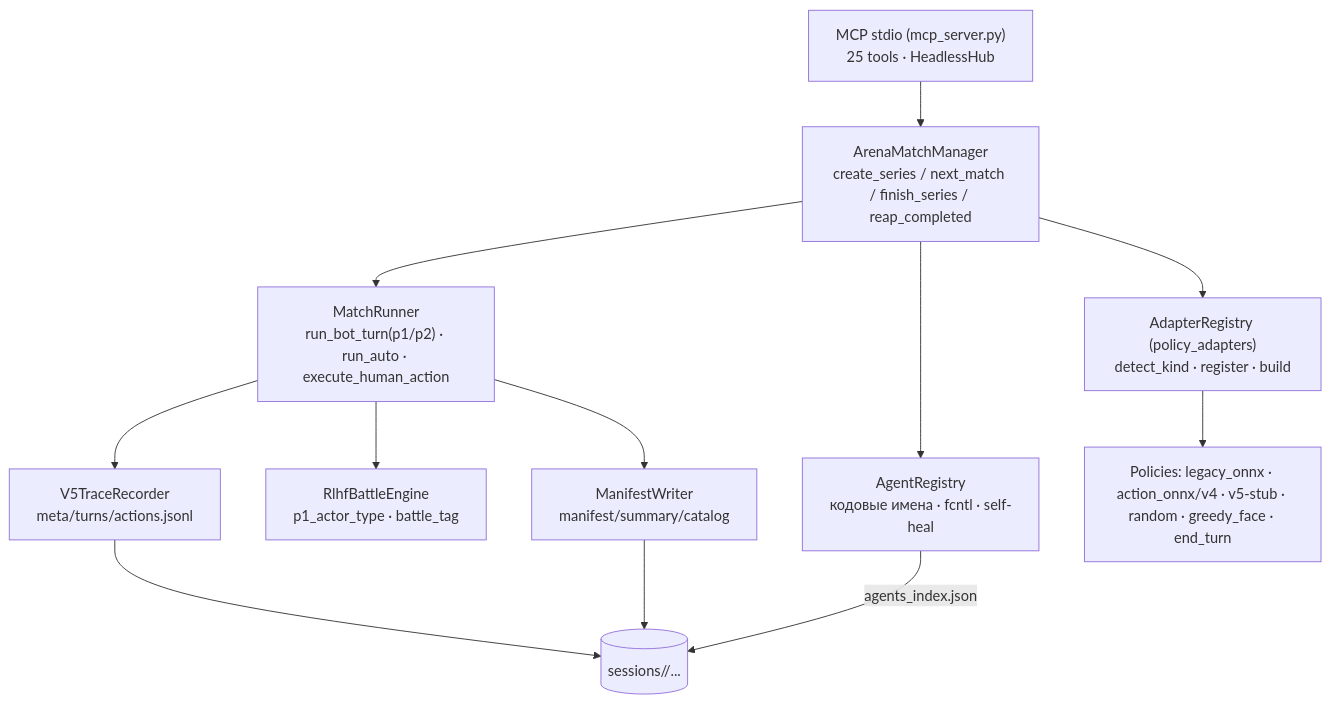
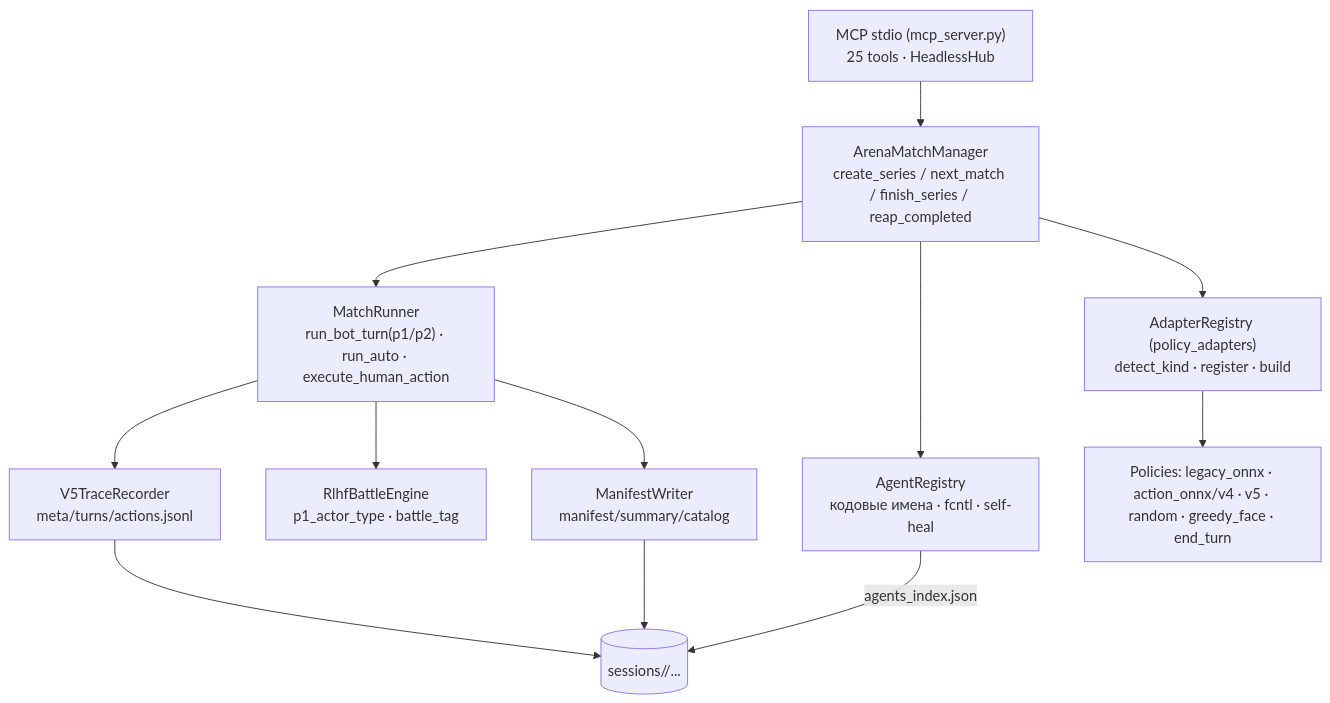
The diagram in rlhf_env/DOCS.md (veceno/extraarena), drawn with Mermaid before and after one commit. The commit also changed other lines of this file and 83 other files, not shown here.

````diff
--- a/rlhf_env/DOCS.md
+++ b/rlhf_env/DOCS.md
@@ -122,22 +123,22 @@
 ```mermaid
 flowchart TD
   MCP["MCP stdio (mcp_server.py)<br/>25 tools · HeadlessHub"]
   MGR["ArenaMatchManager<br/>create_series / next_match / finish_series / reap_completed"]
   AR["AgentRegistry<br/>кодовые имена · fcntl · self-heal"]
   ADAP["AdapterRegistry (policy_adapters)<br/>detect_kind · register · build"]
   RUN["MatchRunner<br/>run_bot_turn(p1/p2) · run_auto · execute_human_action"]
   ENG["RlhfBattleEngine<br/>p1_actor_type · battle_tag"]
   V5["V5TraceRecorder<br/>meta/turns/actions.jsonl"]
   MAN["ManifestWriter<br/>manifest/summary/catalog"]
-  POL["Policies: legacy_onnx · action_onnx/v4 · v5-stub · random · greedy_face · end_turn"]
+  POL["Policies: legacy_onnx · action_onnx/v4 · v5 · random · greedy_face · end_turn"]
   DISK[("sessions/<group>/...")]
 
   MCP --> MGR
   MGR --> AR
   MGR --> ADAP --> POL
   MGR --> RUN
   RUN --> ENG
   RUN --> V5 --> DISK
   RUN --> MAN --> DISK
   AR -->|agents_index.json| DISK
 ```
````
